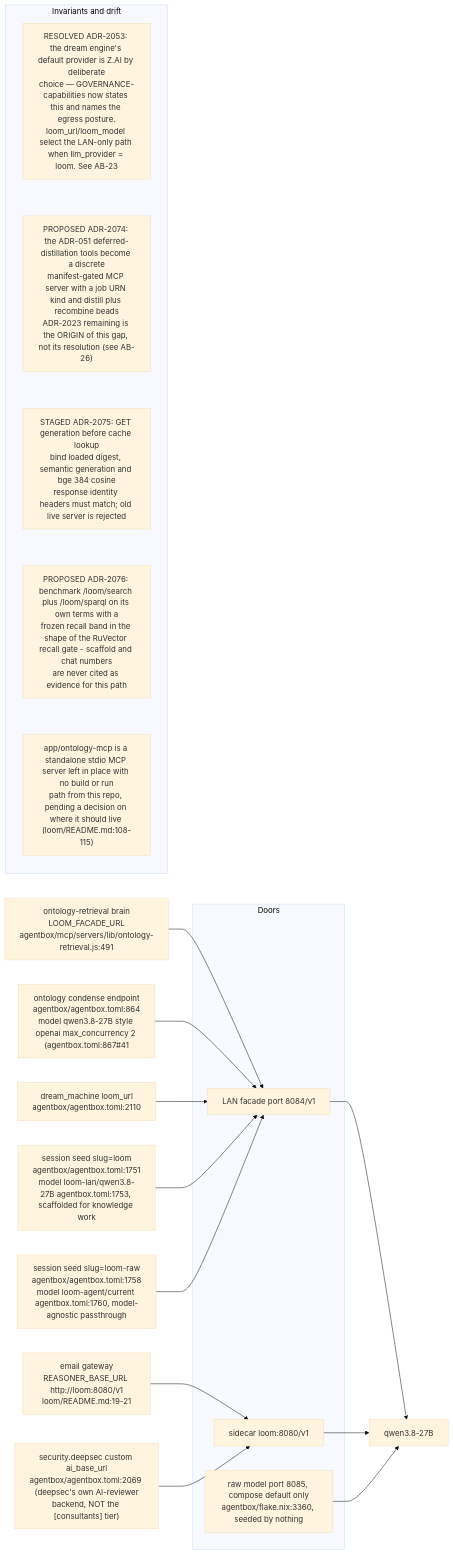
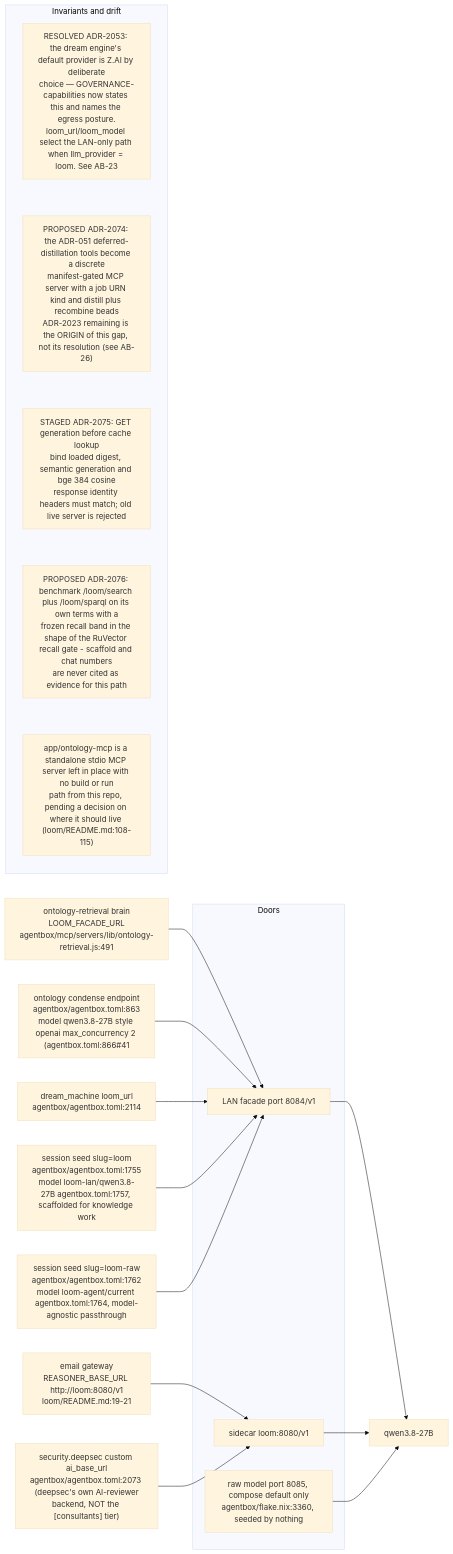
Before and after one commit to DreamLab-AI/VisionFlow: the eighth of 12 diagrams in docs/diagrams/agentbox/24-loom-facade.md, drawn with Mermaid (base theme). The commit also changed other lines of this file and 31 other files, not shown here.

````diff
--- a/docs/diagrams/agentbox/24-loom-facade.md
+++ b/docs/diagrams/agentbox/24-loom-facade.md
@@ -312,27 +312,27 @@
 ```mermaid
 flowchart LR
     subgraph doors["Doors"]
         D84["LAN facade port 8084/v1"]
         D80["sidecar loom:8080/v1"]
         D85["raw model port 8085, compose default only<br/>agentbox/flake.nix:3360, seeded by nothing"]
     end
     RET["ontology-retrieval brain<br/>LOOM_FACADE_URL<br/>agentbox/mcp/servers/lib/ontology-retrieval.js:491"] --> D84
-    COND["ontology condense endpoint<br/>agentbox/agentbox.toml:864<br/>model qwen3.8-27B style openai max_concurrency 2 #40;agentbox.toml:867#41;"] --> D84
-    DREAM["dream_machine loom_url<br/>agentbox/agentbox.toml:2110"] --> D84
-    SEEDL["session seed slug=loom<br/>agentbox/agentbox.toml:1751<br/>model loom-lan/qwen3.8-27B agentbox.toml:1753, scaffolded for knowledge work"] --> D84
-    SEEDR["session seed slug=loom-raw<br/>agentbox/agentbox.toml:1758<br/>model loom-agent/current agentbox.toml:1760, model-agnostic passthrough"] --> D84
+    COND["ontology condense endpoint<br/>agentbox/agentbox.toml:863<br/>model qwen3.8-27B style openai max_concurrency 2 #40;agentbox.toml:866#41;"] --> D84
+    DREAM["dream_machine loom_url<br/>agentbox/agentbox.toml:2114"] --> D84
+    SEEDL["session seed slug=loom<br/>agentbox/agentbox.toml:1755<br/>model loom-lan/qwen3.8-27B agentbox.toml:1757, scaffolded for knowledge work"] --> D84
+    SEEDR["session seed slug=loom-raw<br/>agentbox/agentbox.toml:1762<br/>model loom-agent/current agentbox.toml:1764, model-agnostic passthrough"] --> D84
     EMAIL["email gateway<br/>REASONER_BASE_URL http://loom:8080/v1<br/>loom/README.md:19-21"] --> D80
-    CUST["security.deepsec custom ai_base_url<br/>agentbox/agentbox.toml:2069 #40;deepsec#39;s own AI-reviewer<br/>backend, NOT the #91;consultants#93; tier#41;"] --> D80
+    CUST["security.deepsec custom ai_base_url<br/>agentbox/agentbox.toml:2073 #40;deepsec#39;s own AI-reviewer<br/>backend, NOT the #91;consultants#93; tier#41;"] --> D80
     D84 --> M["qwen3.8-27B"]
     D80 --> M
     D85 --> M
     subgraph notes["Invariants and drift"]
         direction TB
         N1["RESOLVED ADR-2053: the dream engine's default provider is Z.AI by deliberate<br/>choice — GOVERNANCE-capabilities now states this and names the egress posture.<br/>loom_url/loom_model select the LAN-only path when llm_provider = loom. See AB-23"]
         N2["PROPOSED ADR-2074: the ADR-051 deferred-distillation tools become a discrete<br/>manifest-gated MCP server with a job URN kind and distill plus recombine beads<br/>ADR-2023 remaining is the ORIGIN of this gap, not its resolution (see AB-26)"]
         N3["STAGED ADR-2075: GET generation before cache lookup<br/>bind loaded digest, semantic generation and bge 384 cosine<br/>response identity headers must match; old live server is rejected"]
         N4["PROPOSED ADR-2076: benchmark /loom/search plus /loom/sparql on its own terms with a<br/>frozen recall band in the shape of the RuVector recall gate - scaffold and chat numbers<br/>are never cited as evidence for this path"]
         N5["app/ontology-mcp is a standalone stdio MCP server left in place with no build or run<br/>path from this repo, pending a decision on where it should live (loom/README.md:108-115)"]
         N1 ~~~ N2 ~~~ N3 ~~~ N4 ~~~ N5
     end
 ```
````
